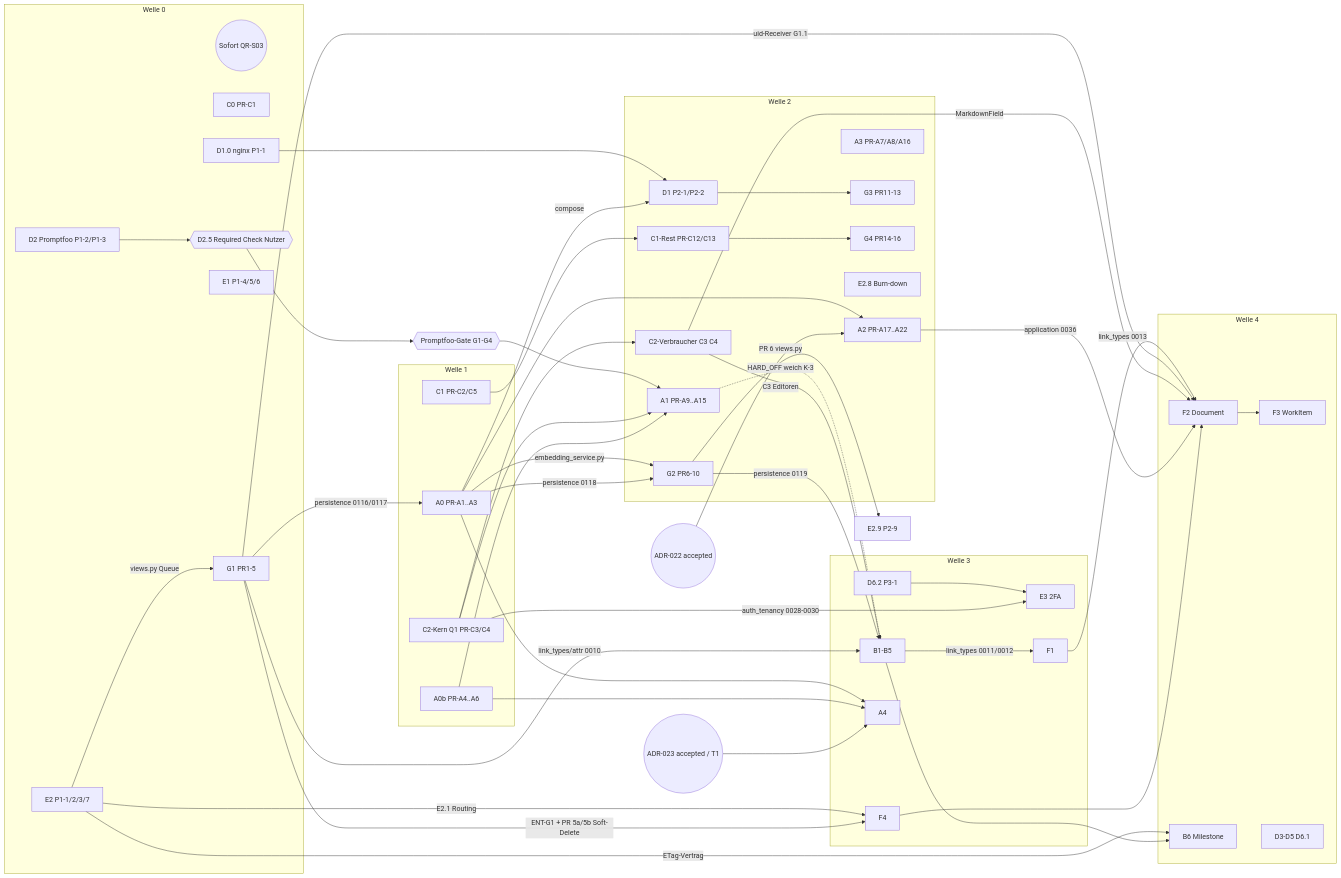
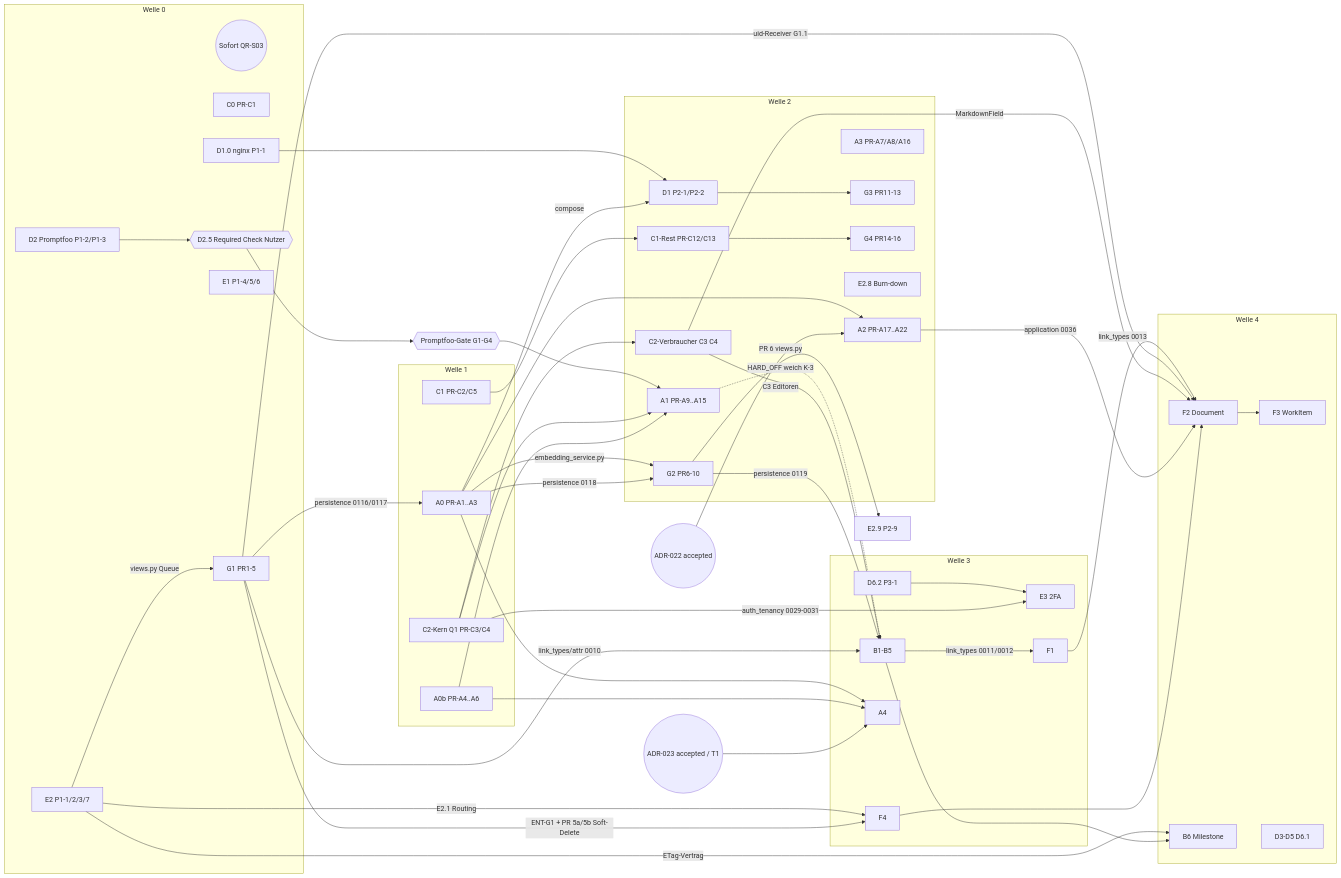
One commit to Popoboxxo/ReqogniLoom changed the diagram in docs/plans/2026-10-21-backlog-umsetzung-index.md. Above: the diagram before and after it, drawn with Mermaid. The commit also changed other lines of this file and 4 other files, not shown here.

````diff
--- a/docs/plans/2026-10-21-backlog-umsetzung-index.md
+++ b/docs/plans/2026-10-21-backlog-umsetzung-index.md
@@ -175,78 +175,78 @@
 ```mermaid
 graph LR
   subgraph W0[Welle 0]
     S03((Sofort QR-S03))
     C0[C0 PR-C1]
     D2[D2 Promptfoo P1-2/P1-3]
     D25{{D2.5 Required Check Nutzer}}
     D10[D1.0 nginx P1-1]
     E2[E2 P1-1/2/3/7]
     E1[E1 P1-4/5/6]
     G1[G1 PR1-5]
   end
   subgraph W1[Welle 1]
     A0[A0 PR-A1..A3]
     A0b[A0b PR-A4..A6]
     Q1[C2-Kern Q1 PR-C3/C4]
     C1[C1 PR-C2/C5]
   end
   subgraph W2[Welle 2]
     A1[A1 PR-A9..A15]
     A2[A2 PR-A17..A22]
     A3[A3 PR-A7/A8/A16]
     C2v[C2-Verbraucher C3 C4]
     C1r[C1-Rest PR-C12/C13]
     G2[G2 PR6-10]
     G3[G3 PR11-13]
     G4[G4 PR14-16]
     D1[D1 P2-1/P2-2]
     E28[E2.8 Burn-down]
   end
   subgraph W3[Welle 3]
     D62[D6.2 P3-1]
     E3[E3 2FA]
     B15[B1-B5]
     F1[F1]
     F4[F4]
     A4[A4]
   end
   subgraph W4[Welle 4]
     F2[F2 Document]
     F3[F3 WorkItem]
     B6[B6 Milestone]
     D35[D3-D5 D6.1]
   end
   D2 --> D25 --> GATE{{Promptfoo-Gate G1-G4}} --> A1
   Q1 --> A1
   A0b --> A1
   A0 --> A2
   ADR22((ADR-022 accepted)) --> A2
   A0 --> A4
   A0b --> A4
   ADR23((ADR-023 accepted / T1)) --> A4
   A1 -. HARD_OFF weich K-3 .-> B15
   G1 -->|link_types/attr 0010| B15
   B15 -->|link_types 0011/0012| F1
   F1 -->|link_types 0013| F2 --> F3
   G1 -->|uid-Receiver G1.1| F2
   E2 -->|E2.1 Routing| F4
   G1 -->|ENT-G1 + PR 5a/5b Soft-Delete| F4
   G2 -->|PR 6 views.py| E29[E2.9 P2-9]
   E2 -->|ETag-Vertrag| B6
   E2 -->|views.py Queue| G1
   C1 --> C1r --> G4
   Q1 --> C2v
   C2v -->|MarkdownField| F2
   C2v -->|C3 Editoren| B15
   A2 -->|application 0036| F2
   D62 --> E3
   A0 -->|embedding_service.py| G2
   G1 -->|persistence 0116/0117| A0
   A0 -->|persistence 0118| G2
   G2 -->|persistence 0119| B15
-  Q1 -->|auth_tenancy 0028-0030| E3
+  Q1 -->|auth_tenancy 0029-0031| E3
   B15 --> B6
   D10 --> D1
   A0 -->|compose| D1 --> G3
   F4 --> F2
 ```
````
